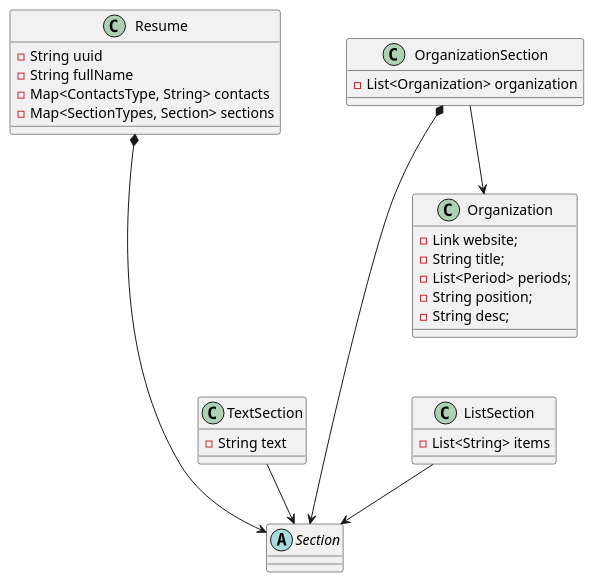
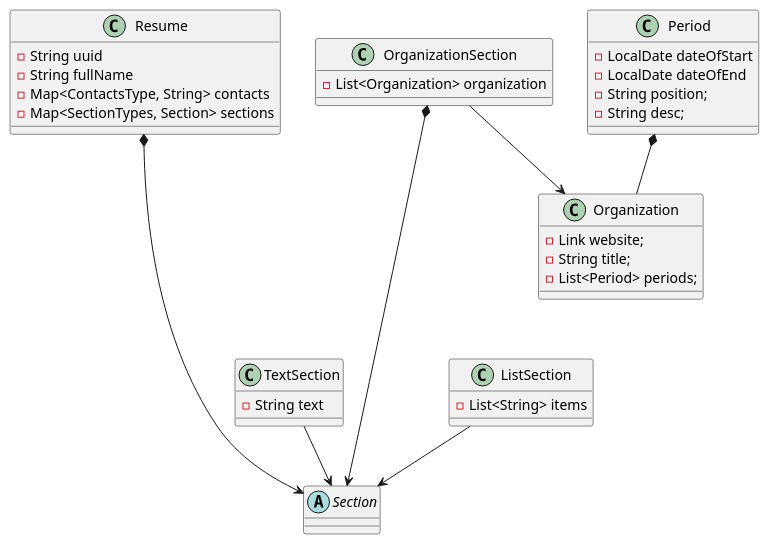
Before and after one commit to areal1ty/basejava: the diagram in src/com/basejava/webapp/model/DomainObject.puml, drawn with PlantUML.

Commit message:
Diagram of Domain Model updated

```diff
--- a/src/com/basejava/webapp/model/DomainObject.puml
+++ b/src/com/basejava/webapp/model/DomainObject.puml
@@ -1,36 +1,39 @@
 @startuml
 'https://plantuml.com/class-diagram
 
 abstract class Section
 class Resume {
 -String uuid
 -String fullName
 -Map<ContactsType, String> contacts
 -Map<SectionTypes, Section> sections
 }
 
 class Organization {
     - Link website;
     - String title;
     - List<Period> periods;
+}
+class Period {
+    - LocalDate dateOfStart
+    - LocalDate dateOfEnd
     - String position;
     - String desc;
 }
-
 class TextSection {
 -String text
 }
 class OrganizationSection {
 -List<Organization> organization
 }
 class ListSection {
 -List<String> items
 }
 
 TextSection --> Section
 OrganizationSection *----> Section
 ListSection --> Section
 Resume *----> Section
 OrganizationSection --> Organization
-
+Period *-- Organization
 @enduml
```
